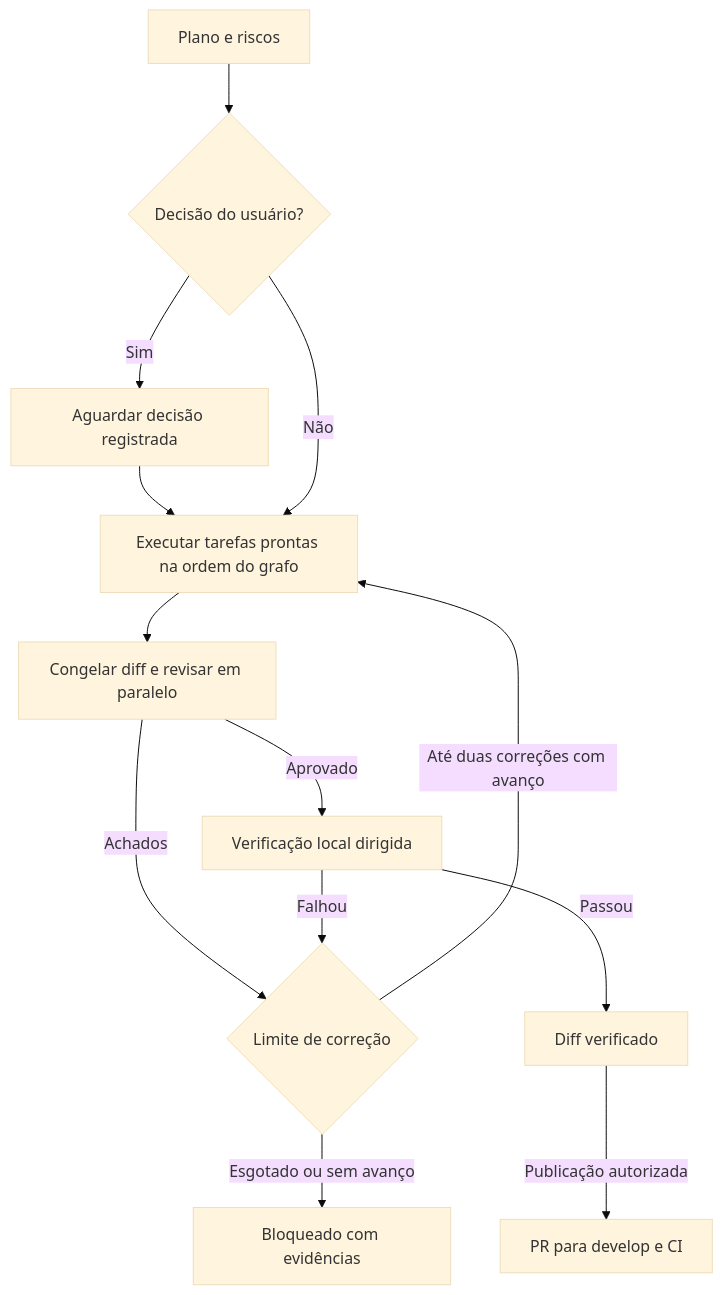
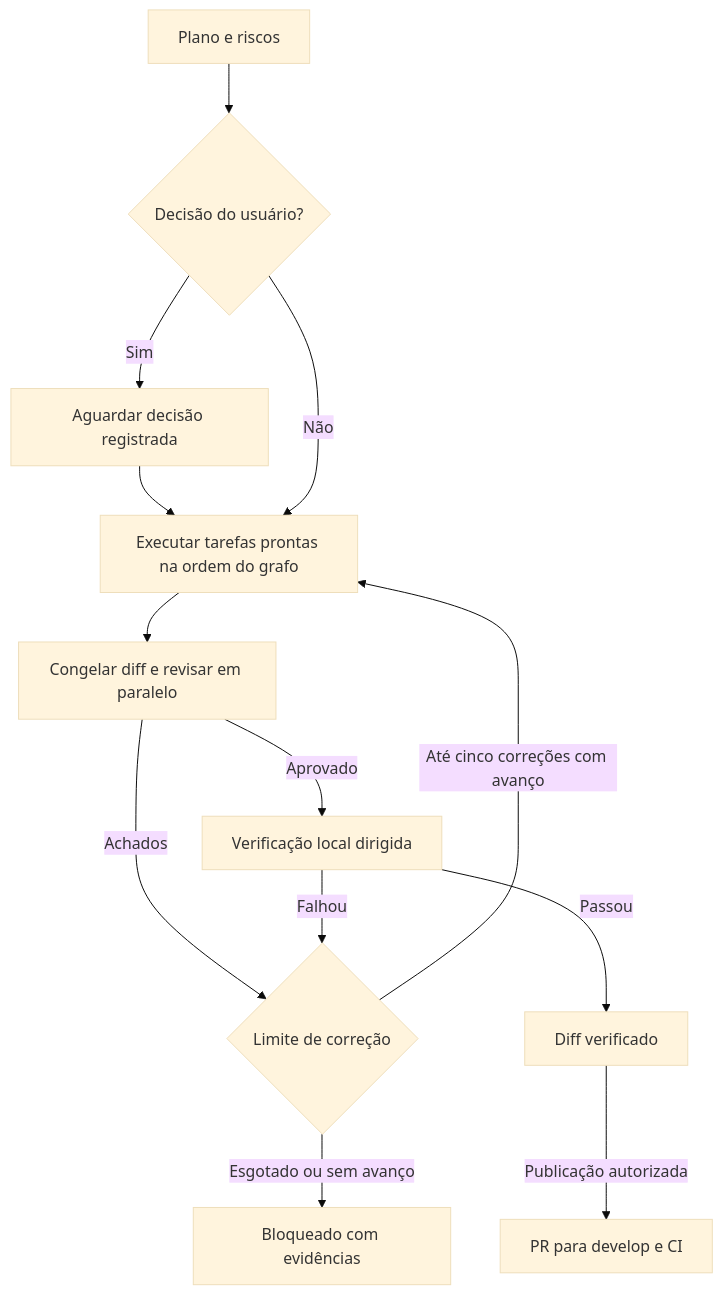
One commit to dougbrsp/muscle_fit_v2 changed the diagram in .claude/harness/OPERACAO.md. Above: the diagram before and after it, drawn with Mermaid (base theme). The commit also changed 3 other files, not shown here.

````diff
--- a/.claude/harness/OPERACAO.md
+++ b/.claude/harness/OPERACAO.md
@@ -11,15 +11,15 @@
 ```mermaid
 flowchart TD
   P[Plano e riscos] --> G{Decisão do usuário?}
   G -- Sim --> H[Aguardar decisão registrada]
   H --> D
   G -- Não --> D[Executar tarefas prontas na ordem do grafo]
   D --> R[Congelar diff e revisar em paralelo]
   R -- Aprovado --> V[Verificação local dirigida]
   R -- Achados --> L{Limite de correção}
   V -- Falhou --> L
-  L -- Até duas correções com avanço --> D
+  L -- Até cinco correções com avanço --> D
   L -- Esgotado ou sem avanço --> B[Bloqueado com evidências]
   V -- Passou --> F[Diff verificado]
   F -- Publicação autorizada --> PR[PR para develop e CI]
 ```
````
